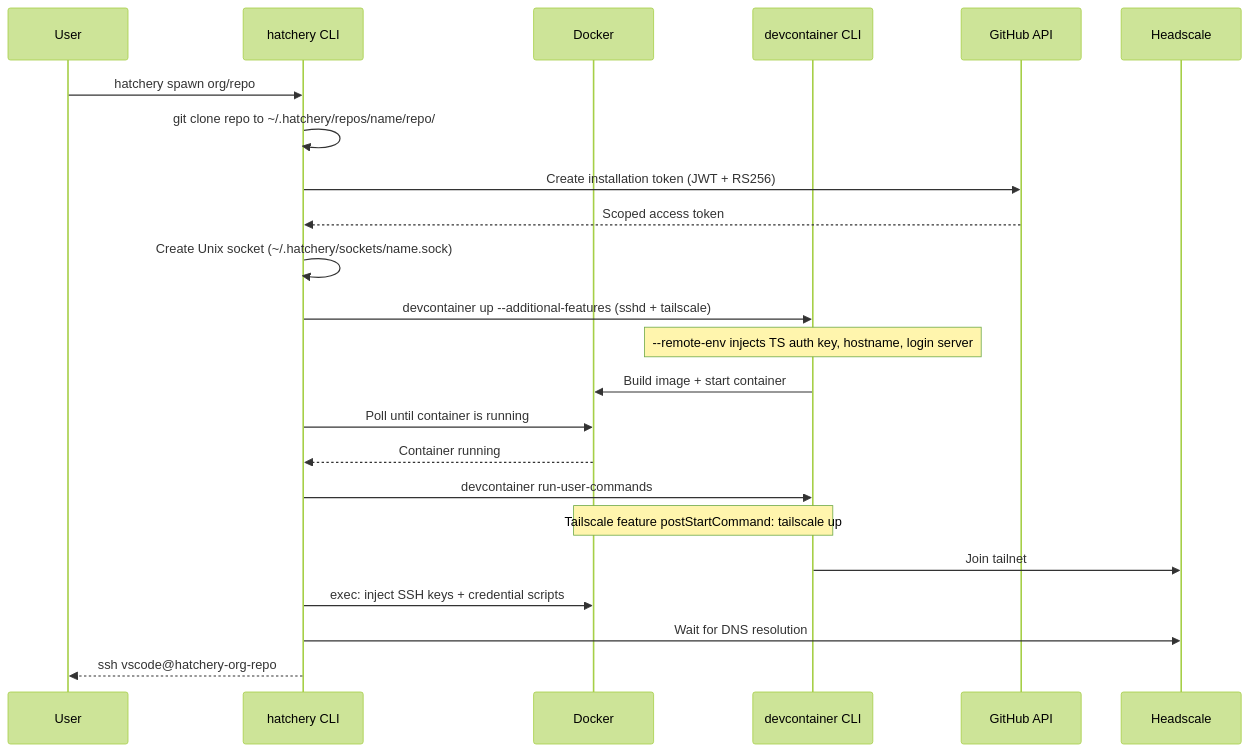
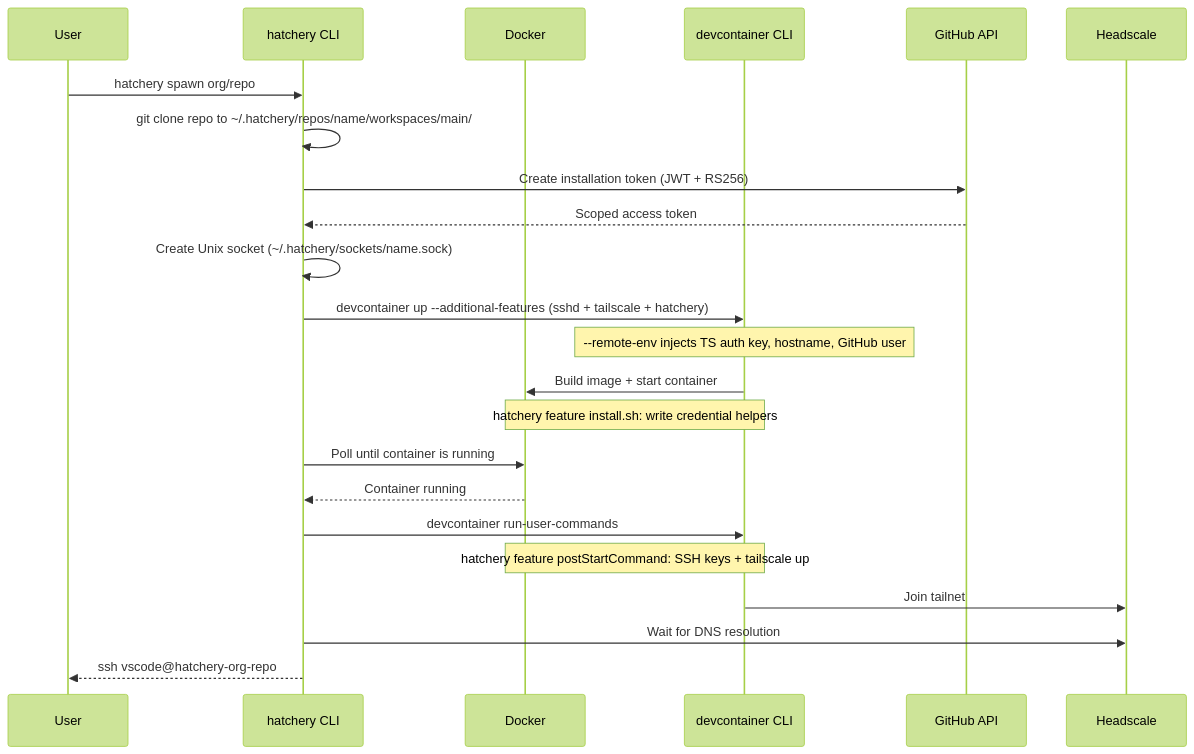
One commit to levino/hatchery changed the first of 3 diagrams in README.md. Above: the diagram before and after it, drawn with Mermaid (forest theme). The commit also changed other lines of this file and 10 other files, not shown here.

First line of the commit message:
Add hatchery devcontainer feature, publish to GHCR

````diff
--- a/README.md
+++ b/README.md
@@ -17,26 +17,26 @@
 ```mermaid
 sequenceDiagram
     participant User
     participant Hatchery as hatchery CLI
     participant Docker
     participant DC as devcontainer CLI
     participant GH as GitHub API
     participant HS as Headscale
 
     User->>Hatchery: hatchery spawn org/repo
-    Hatchery->>Hatchery: git clone repo to ~/.hatchery/repos/name/repo/
+    Hatchery->>Hatchery: git clone repo to ~/.hatchery/repos/name/workspaces/main/
     Hatchery->>GH: Create installation token (JWT + RS256)
     GH-->>Hatchery: Scoped access token
     Hatchery->>Hatchery: Create Unix socket (~/.hatchery/sockets/name.sock)
-    Hatchery->>DC: devcontainer up --additional-features (sshd + tailscale)
-    Note over DC: --remote-env injects TS auth key, hostname, login server
+    Hatchery->>DC: devcontainer up --additional-features (sshd + tailscale + hatchery)
+    Note over DC: --remote-env injects TS auth key, hostname, GitHub user
     DC->>Docker: Build image + start container
+    Note over DC,Docker: hatchery feature install.sh: write credential helpers
     Hatchery->>Docker: Poll until container is running
     Docker-->>Hatchery: Container running
     Hatchery->>DC: devcontainer run-user-commands
-    Note over DC,Docker: Tailscale feature postStartCommand: tailscale up
+    Note over DC,Docker: hatchery feature postStartCommand: SSH keys + tailscale up
     DC->>HS: Join tailnet
-    Hatchery->>Docker: exec: inject SSH keys + credential scripts
     Hatchery->>HS: Wait for DNS resolution
     Hatchery-->>User: ssh vscode@hatchery-org-repo
 ```
````
